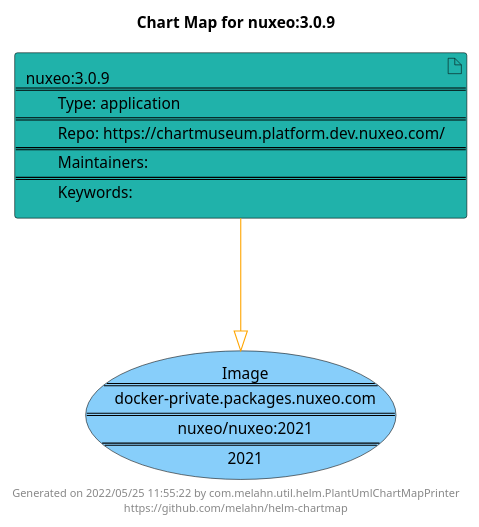
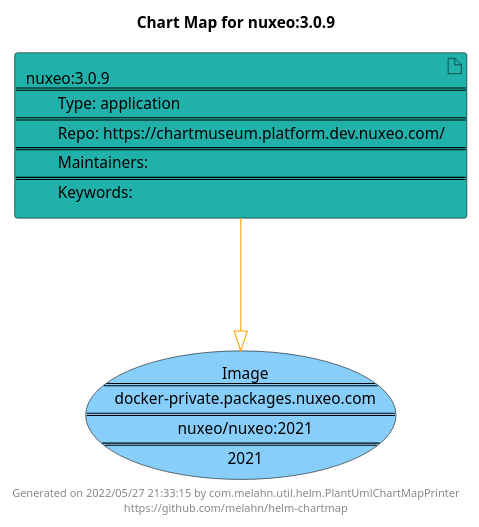
Before and after one commit to melahn/helm-chartmap: the diagram in docs/nuxeo/nuxeo-3.0.9.puml, drawn with PlantUML. The commit also changed 63 other files, not shown here.

Commit message:
Update Example Chart Maps as part of GitHub build

```diff
--- a/docs/nuxeo/nuxeo-3.0.9.puml
+++ b/docs/nuxeo/nuxeo-3.0.9.puml
@@ -1,21 +1,21 @@
 @startuml
 skinparam linetype ortho
 skinparam backgroundColor white
 skinparam usecaseBorderColor black
 skinparam usecaseArrowColor LightSlateGray
 skinparam artifactBorderColor black
 skinparam artifactArrowColor LightSlateGray
 
 title Chart Map for nuxeo:3.0.9
 
 'There is one referenced Helm Chart
 artifact "nuxeo:3.0.9\n====\n\tType: application\n====\n\tRepo: https://chartmuseum.platform.dev.nuxeo.com/\n====\n\tMaintainers: \n====\n\tKeywords: " as nuxeo_3_0_9 #LightSeaGreen
 
 'There is one referenced Docker Image
 usecase "Image\n====\ndocker-private.packages.nuxeo.com\n====\nnuxeo/nuxeo:2021\n====\n2021" as docker_private_packages_nuxeo_com_nuxeo_nuxeo_2021 #LightSkyBlue
 
 'Chart Dependencies
 nuxeo_3_0_9--[#orange]-|>docker_private_packages_nuxeo_com_nuxeo_nuxeo_2021
 
-center footer Generated on 2022/05/25 11:55:22 by com.melahn.util.helm.PlantUmlChartMapPrinter\nhttps://github.com/melahn/helm-chartmap
+center footer Generated on 2022/05/27 21:33:15 by com.melahn.util.helm.PlantUmlChartMapPrinter\nhttps://github.com/melahn/helm-chartmap
 @enduml
```
